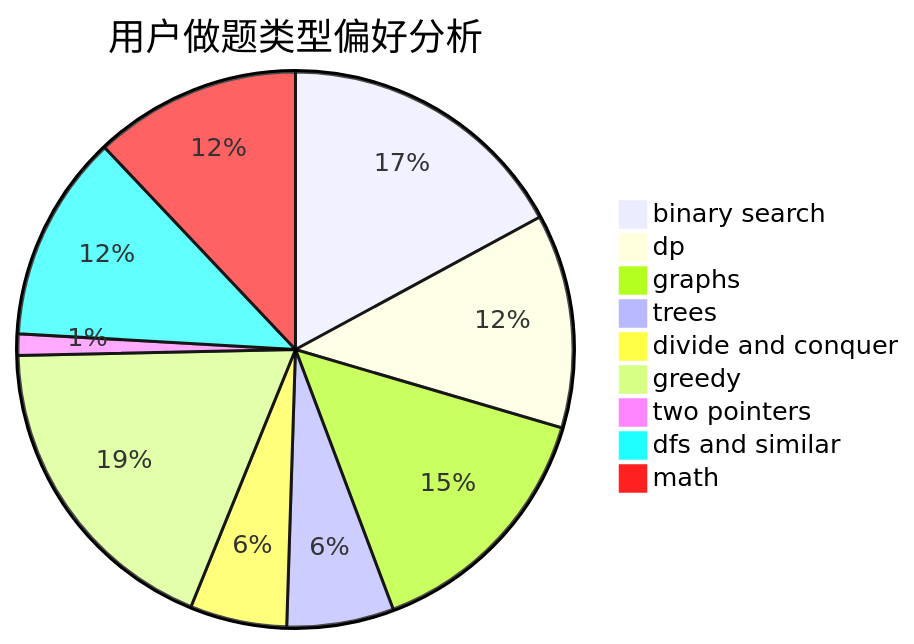
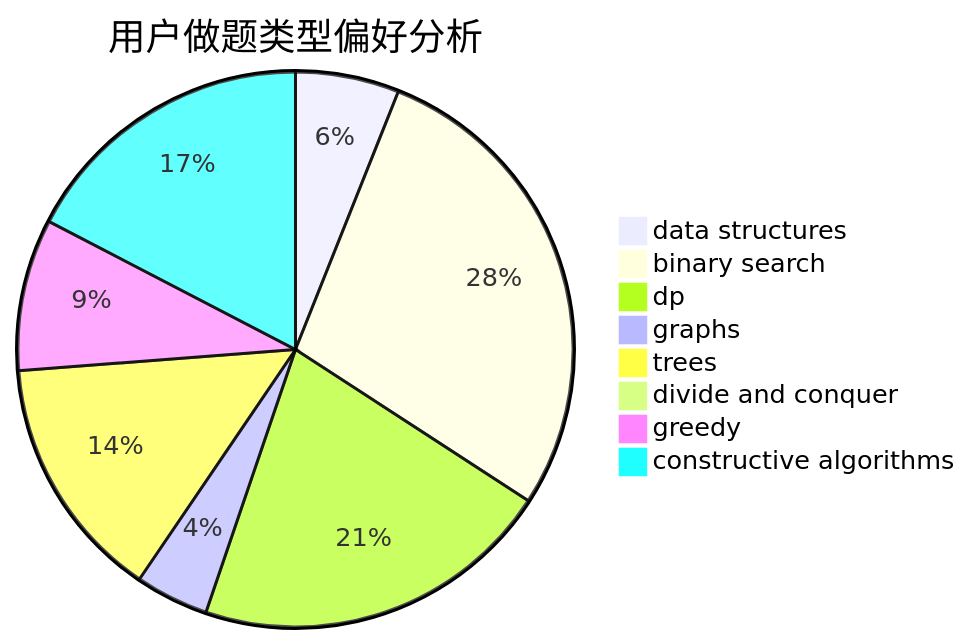
The second of 3 diagrams in docs/user/u895.md (sherpahu/cfrs.github.io), drawn with Mermaid before and after one commit. The commit also changed other lines of this file and 2775 other files, not shown here.

````diff
--- a/docs/user/u895.md
+++ b/docs/user/u895.md
@@ -23,12 +23,11 @@
 ```mermaid
 pie title 用户做题类型偏好分析
-    "binary search" :  288
-    "dp" :  210
-    "graphs" :  248
-    "trees" :  105
-    "divide and conquer" :  95
-    "greedy" :  312
-    "two pointers" :  21
-    "dfs and similar" :  203
-    "math" :  203
+    "data structures" :  41
+    "binary search" :  191
+    "dp" :  143
+    "graphs" :  29
+    "trees" :  97
+    "divide and conquer" :  0
+    "greedy" :  60
+    "constructive algorithms" :  118
 ```
````
